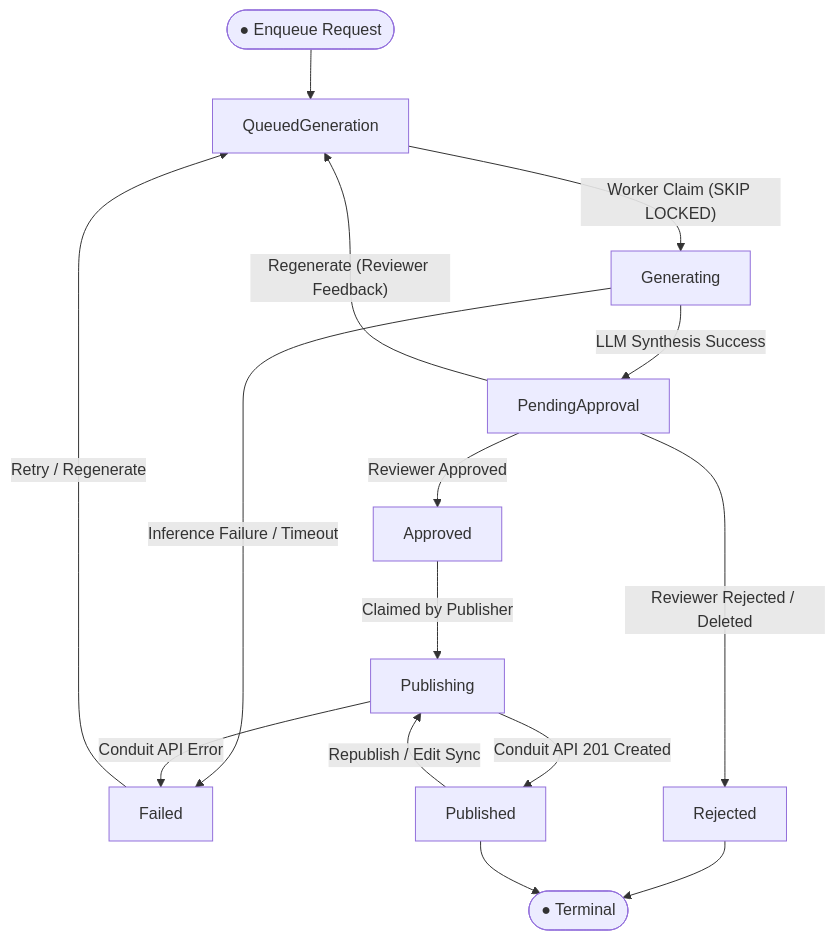
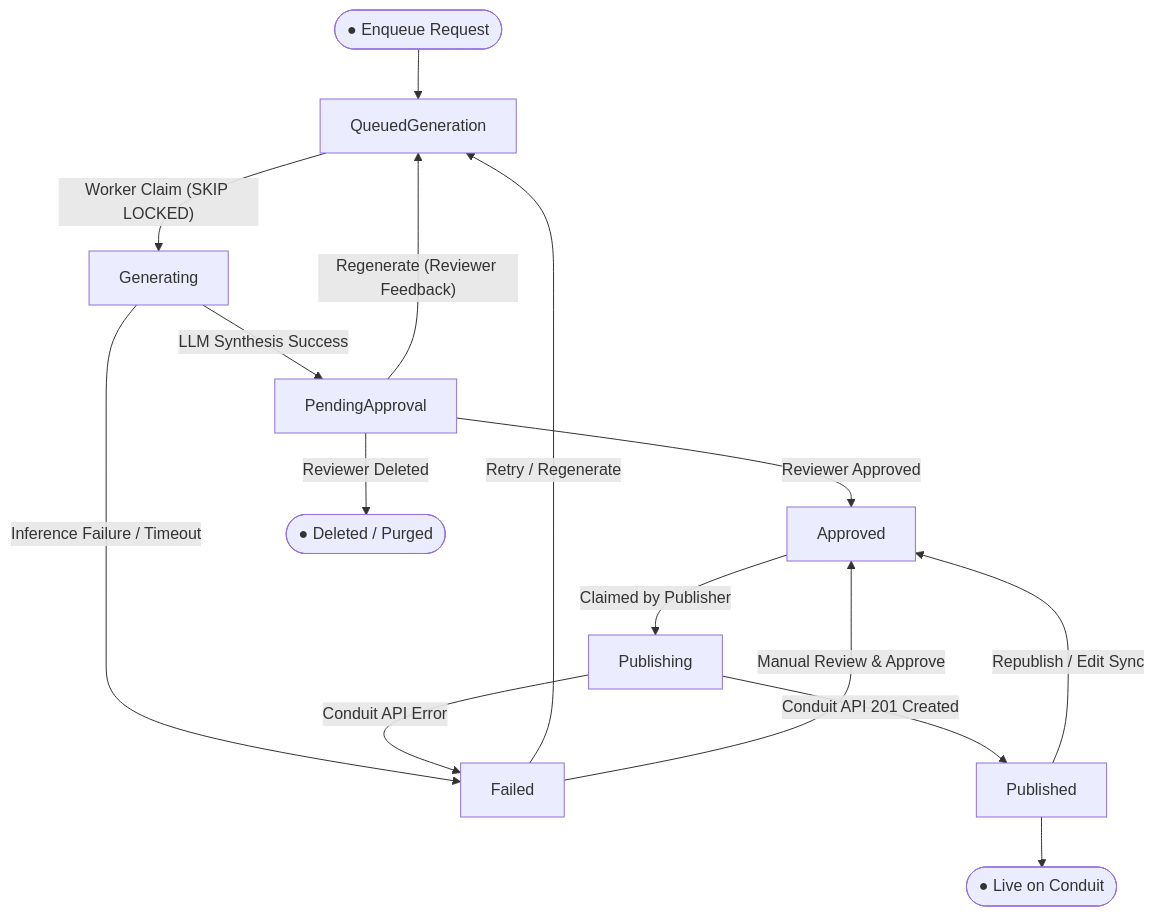
Before and after one commit to guihigashi/realworld-studio: the second of 2 diagrams in README.md, drawn with Mermaid. The commit also changed other lines of this file, not shown here.

````diff
--- a/README.md
+++ b/README.md
@@ -134,24 +132,24 @@
 ```mermaid
 flowchart TD
     Start(["● Enqueue Request"]) --> QueuedGeneration["QueuedGeneration"]
     
     QueuedGeneration -->|"Worker Claim (SKIP LOCKED)"| Generating["Generating"]
     
     Generating -->|"LLM Synthesis Success"| PendingApproval["PendingApproval"]
     Generating -->|"Inference Failure / Timeout"| Failed["Failed"]
     
     PendingApproval -->|"Reviewer Approved"| Approved["Approved"]
     PendingApproval -->|"Regenerate (Reviewer Feedback)"| QueuedGeneration
-    PendingApproval -->|"Reviewer Rejected / Deleted"| Rejected["Rejected"]
+    PendingApproval -->|"Reviewer Deleted"| Deleted(["● Deleted / Purged"])
     
     Approved -->|"Claimed by Publisher"| Publishing["Publishing"]
     
     Publishing -->|"Conduit API 201 Created"| Published["Published"]
     Publishing -->|"Conduit API Error"| Failed
     
-    Published -->|"Republish / Edit Sync"| Publishing
+    Published -->|"Republish / Edit Sync"| Approved
     Failed -->|"Retry / Regenerate"| QueuedGeneration
+    Failed -->|"Manual Review & Approve"| Approved
     
-    Rejected --> End(["● Terminal"])
-    Published --> End
+    Published --> End(["● Live on Conduit"])
 ```
````
